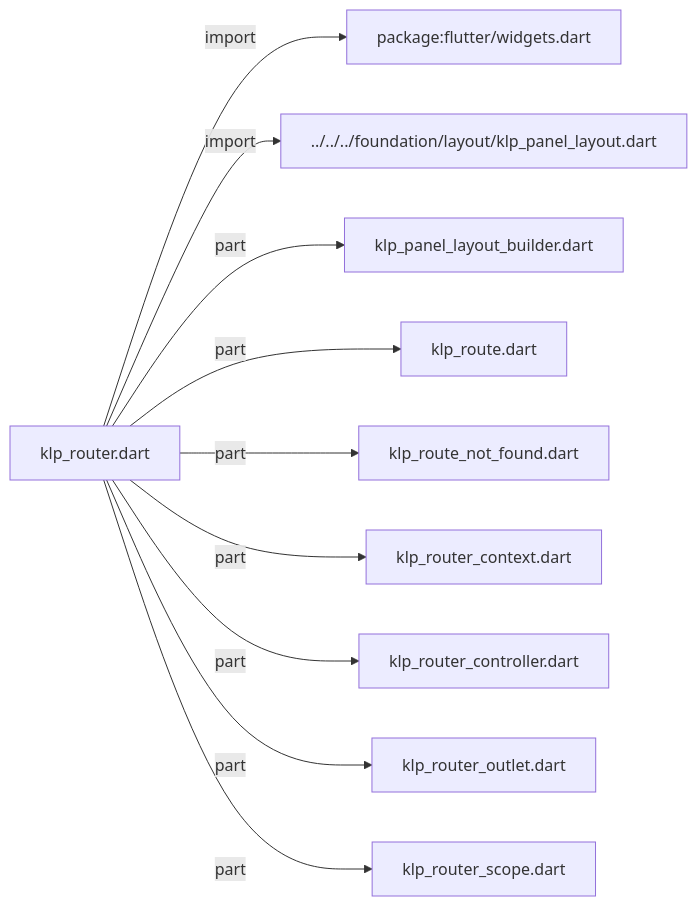
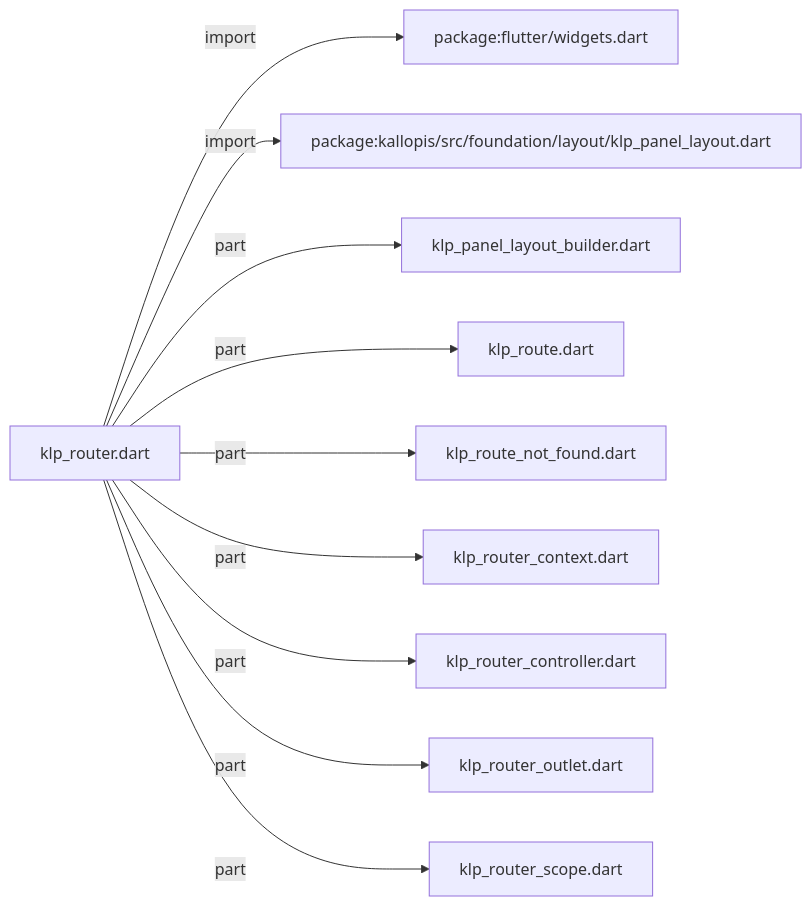
Before and after one commit to MiuDog/Kallopis: the diagram in docs/architecture/src/features/navigation/legacy_router/klp_router.md, drawn with Mermaid. The commit also changed other lines of this file and 9688 other files, not shown here.

Commit message:
Prepare isolated Flow F2 peer baseline

````diff
--- a/docs/architecture/src/features/navigation/legacy_router/klp_router.md
+++ b/docs/architecture/src/features/navigation/legacy_router/klp_router.md
@@ -11,22 +11,22 @@
 ```mermaid
 flowchart LR
 	n0["klp_router.dart"]
 	n1["package:flutter/widgets.dart"]
-	n2["../../../foundation/layout/klp_panel_layout.dart"]
+	n2["package:kallopis/src/foundation/layout/klp_panel_layout.dart"]
 	n3["klp_panel_layout_builder.dart"]
 	n4["klp_route.dart"]
 	n5["klp_route_not_found.dart"]
 	n6["klp_router_context.dart"]
 	n7["klp_router_controller.dart"]
 	n8["klp_router_outlet.dart"]
 	n9["klp_router_scope.dart"]
 	n0 -->|"import"| n1
 	n0 -->|"import"| n2
 	n0 -->|"part"| n3
 	n0 -->|"part"| n4
 	n0 -->|"part"| n5
 	n0 -->|"part"| n6
 	n0 -->|"part"| n7
 	n0 -->|"part"| n8
 	n0 -->|"part"| n9
 ```
````
